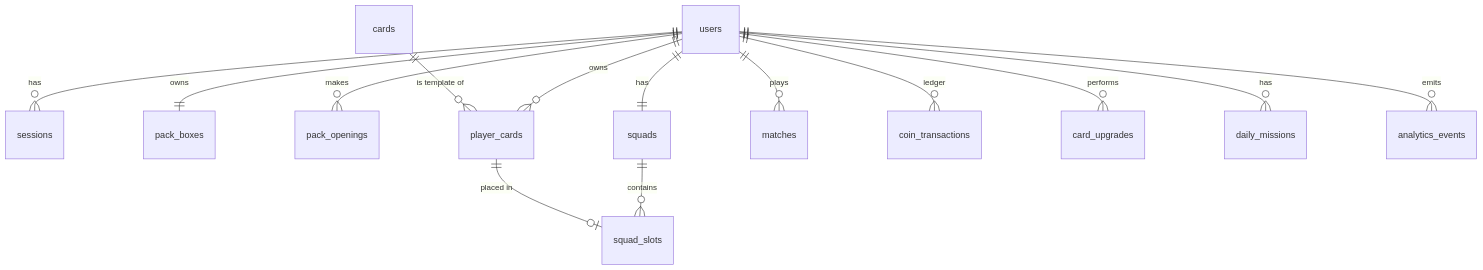
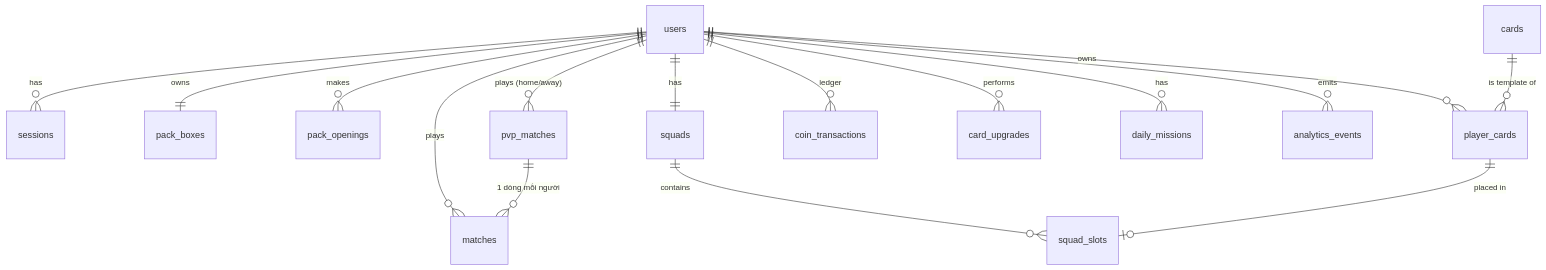
Before and after one commit to DucDuyNguyen15-IT/my-football-game: the second of 3 diagrams in docs/ARCHITECTURE.md, drawn with Mermaid. The commit also changed other lines of this file, not shown here.

Commit message:
docs/pvp: ARCHITECTURE thêm module, schema pvp_matches, enum, endpoint WS (T044)

````diff
--- a/docs/ARCHITECTURE.md
+++ b/docs/ARCHITECTURE.md
@@ -88,16 +93,18 @@
 ```mermaid
 erDiagram
   users ||--o{ sessions : has
   users ||--|| pack_boxes : owns
   users ||--o{ pack_openings : makes
   users ||--o{ player_cards : owns
   cards ||--o{ player_cards : "is template of"
   users ||--|| squads : has
   squads ||--o{ squad_slots : contains
   player_cards ||--o| squad_slots : "placed in"
   users ||--o{ matches : plays
+  users ||--o{ pvp_matches : "plays (home/away)"
+  pvp_matches ||--o{ matches : "1 dòng mỗi người"
   users ||--o{ coin_transactions : ledger
   users ||--o{ card_upgrades : performs
   users ||--o{ daily_missions : has
   users ||--o{ analytics_events : emits
 ```
````
